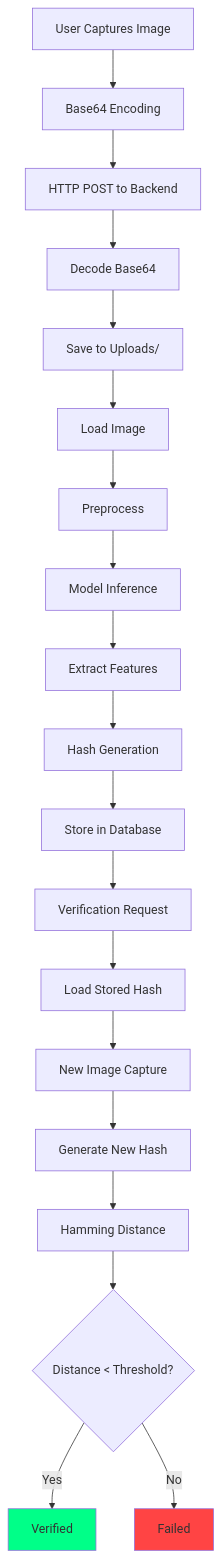
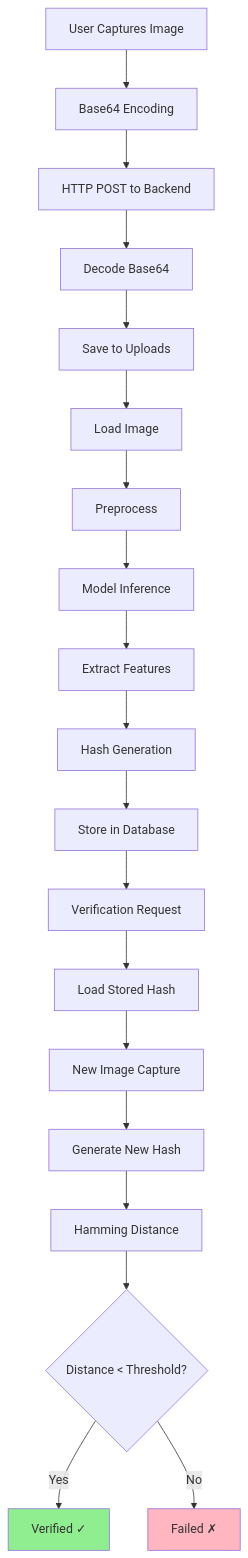
The ninth of 14 diagrams in ARCHITECTURE.md (BTech20/biometric-auth-system), drawn with Mermaid before and after one commit. The commit also changed other lines of this file, not shown here.

First line of the commit message:
Fix Mermaid diagram rendering issues for GitHub

````diff
--- a/ARCHITECTURE.md
+++ b/ARCHITECTURE.md
@@ -307,25 +332,26 @@
 ```mermaid
-graph TB
-    A[User Captures Image] --> B[Base64 Encoding]
-    B --> C[HTTP POST to Backend]
-    C --> D[Decode Base64]
-    D --> E[Save to Uploads/]
-    E --> F[Load Image]
-    F --> G[Preprocess]
-    G --> H[Model Inference]
-    H --> I[Extract Features]
-    I --> J[Hash Generation]
-    J --> K[Store in Database]
+flowchart TD
+    A["User Captures Image"] --> B["Base64 Encoding"]
+    B --> C["HTTP POST to Backend"]
+    C --> D["Decode Base64"]
+    D --> E["Save to Uploads"]
+    E --> F["Load Image"]
+    F --> G["Preprocess"]
+    G --> H["Model Inference"]
+    H --> I["Extract Features"]
+    I --> J["Hash Generation"]
+    J --> K["Store in Database"]
     
-    K --> L[Verification Request]
-    L --> M[Load Stored Hash]
-    M --> N[New Image Capture]
-    N --> O[Generate New Hash]
-    O --> P[Hamming Distance]
-    P --> Q{Distance < Threshold?}
-    Q -->|Yes| R[Verified]
-    Q -->|No| S[Failed]
+    L["Verification Request"] --> M["Load Stored Hash"]
+    M --> N["New Image Capture"]
+    N --> O["Generate New Hash"]
+    O --> P["Hamming Distance"]
+    P --> Q{"Distance < Threshold?"}
+    Q -->|"Yes"| R["Verified ✓"]
+    Q -->|"No"| S["Failed ✗"]
     
-    style R fill:#00ff88
-    style S fill:#ff4444
+    K --> L
+    
+    style R fill:#90EE90
+    style S fill:#FFB6C1
 ```
````
